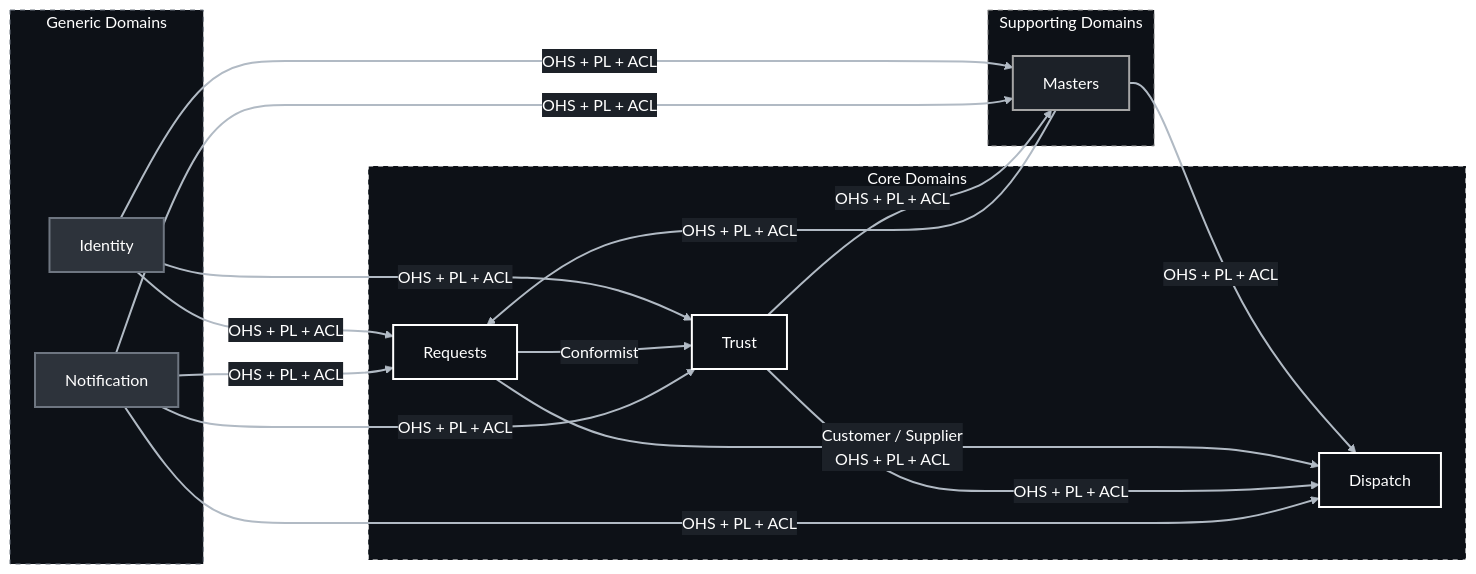
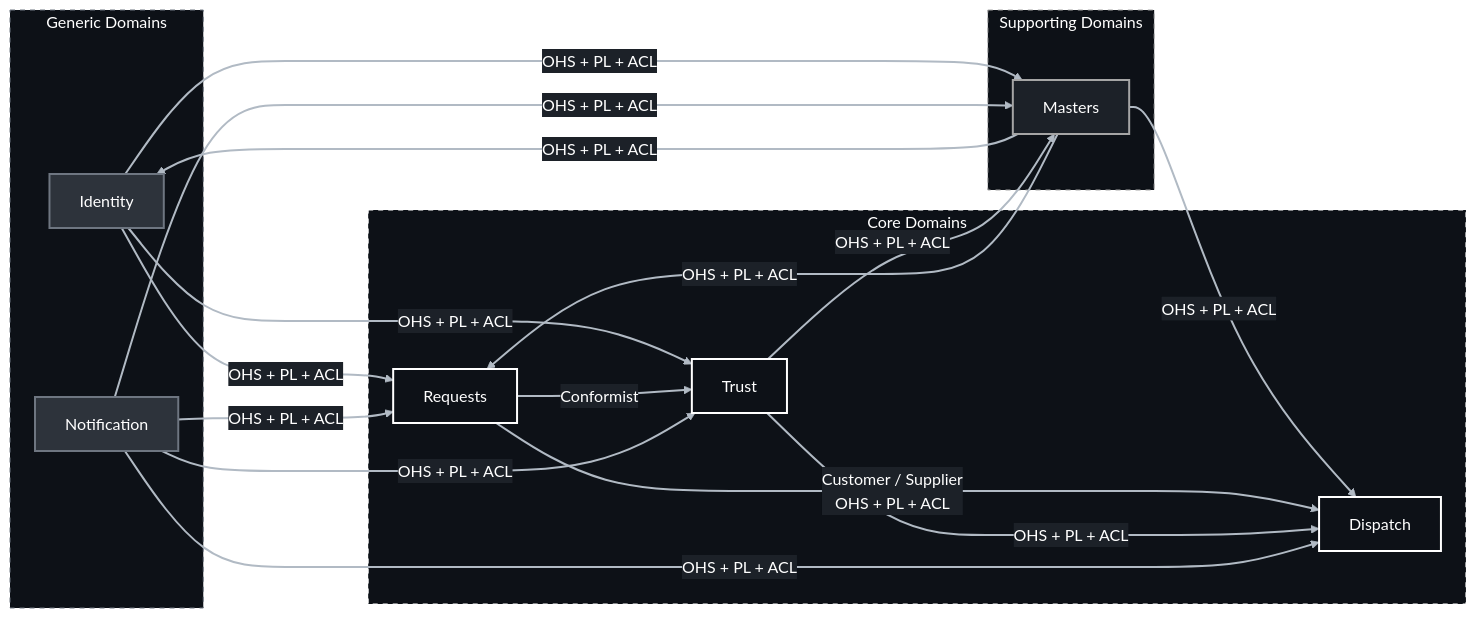
One commit to no-more-tears/NoMoreTears changed the first of 2 diagrams in docs/domain-driven-design.md. Above: the diagram before and after it, drawn with Mermaid. The commit also changed other lines of this file and 45 other files, not shown here.

````diff
--- a/docs/domain-driven-design.md
+++ b/docs/domain-driven-design.md
@@ -53,53 +54,54 @@
 ```mermaid
 %%{init: {"theme":"base","themeVariables":{"fontFamily":"Segoe UI, Helvetica, Arial, sans-serif","primaryColor":"#1C2128","primaryTextColor":"#FFFFFF","primaryBorderColor":"#A5A5A5","lineColor":"#B1BAC4","edgeLabelBackground":"#1C2128","clusterBkg":"#0D1117","clusterBorder":"#A5A5A5","titleColor":"#FFFFFF"}}}%%
 flowchart LR
     accTitle: Карта контекстів платформи
-    accDescr: Generic-контексти Identity і Notification постачають сервіси всім іншим. Supporting-контекст Masters постачає Requests каталог категорій, а Dispatch перелік верифікованих майстрів. Core-контексти Requests, Dispatch і Trust пов'язані між собою: Requests є постачальником подій для Dispatch і Trust, Trust постачає Dispatch репутацію та санкції, а Masters зміни статусу доступу.
+    accDescr: Generic-контексти Identity і Notification постачають сервіси всім іншим. Supporting-контекст Masters постачає Requests каталог категорій, а Dispatch перелік верифікованих майстрів. Identity отримує від Masters подію про верифікацію профілю, щоб видати роль Master. Core-контексти Requests, Dispatch і Trust пов'язані між собою: Requests є постачальником подій для Dispatch і Trust, Trust постачає Dispatch репутацію та санкції, а Masters зміни статусу доступу.
 
     subgraph GENERIC["Generic Domains"]
         Id["Identity"]
         Notif["Notification"]
     end
 
     subgraph SUPPORT["Supporting Domains"]
         Masters["Masters"]
     end
 
     subgraph CORE["Core Domains"]
         Req["Requests"]
         Disp["Dispatch"]
         Trust["Trust"]
     end
 
     Id -->|"OHS + PL + ACL"| Req
     Id -->|"OHS + PL + ACL"| Masters
     Id -->|"OHS + PL + ACL"| Trust
 
     Masters -->|"OHS + PL + ACL"| Req
     Masters -->|"OHS + PL + ACL"| Disp
+    Masters -->|"OHS + PL + ACL"| Id
 
     Req -->|"Customer / Supplier<br/>OHS + PL + ACL"| Disp
     Req -->|"Conformist"| Trust
 
     Trust -->|"OHS + PL + ACL"| Disp
     Trust -->|"OHS + PL + ACL"| Masters
 
     Notif -->|"OHS + PL + ACL"| Req
     Notif -->|"OHS + PL + ACL"| Disp
     Notif -->|"OHS + PL + ACL"| Trust
     Notif -->|"OHS + PL + ACL"| Masters
 
     classDef core fill:#0D1117,color:#FFFFFF,stroke:#FFFFFF,stroke-width:2px;
     classDef support fill:#1C2128,color:#FFFFFF,stroke:#A5A5A5,stroke-width:2px;
     classDef generic fill:#2D333B,color:#FFFFFF,stroke:#6E7681,stroke-width:2px;
 
     class Req,Disp,Trust core;
     class Masters support;
     class Id,Notif generic;
 
     style CORE fill:#0D1117,stroke:#FFFFFF,stroke-width:1px,stroke-dasharray: 5 5
     style SUPPORT fill:#0D1117,stroke:#A5A5A5,stroke-width:1px,stroke-dasharray: 5 5
     style GENERIC fill:#0D1117,stroke:#6E7681,stroke-width:1px,stroke-dasharray: 5 5
 
     linkStyle default stroke:#B1BAC4,stroke-width:2px,color:#FFFFFF
 ```
````
